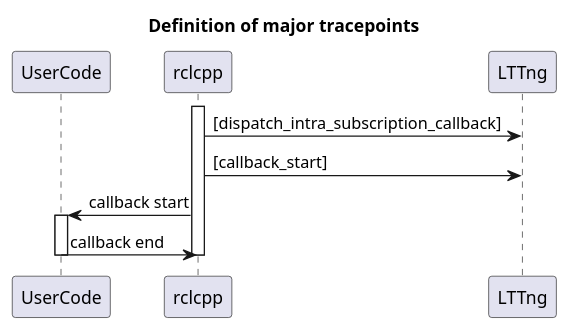
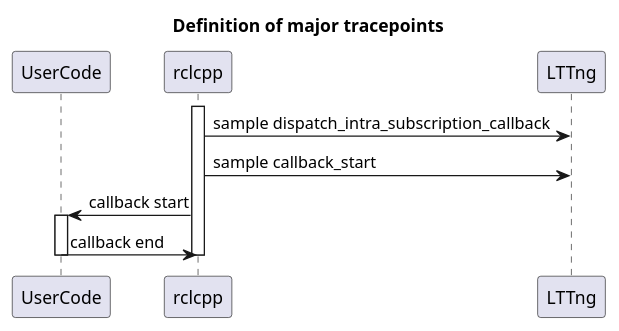
The second of 2 diagrams in docs/design/latency_definitions/subscription.md (tier4/caret_doc), drawn with PlantUML before and after one commit. The commit also changed other lines of this file, not shown here.

Commit message:
address comments inlatency_definitions/subscription.md

````diff
--- a/docs/design/latency_definitions/subscription.md
+++ b/docs/design/latency_definitions/subscription.md
@@ -60,21 +63,21 @@
 ```plantuml
 @startuml
 title: Definition of major tracepoints
 
 participant UserCode
 participant rclcpp
 participant LTTng
 
 activate rclcpp
 
 
-rclcpp -> LTTng: [dispatch_intra_subscription_callback]
-rclcpp -> LTTng: [callback_start]
+rclcpp -> LTTng: sample dispatch_intra_subscription_callback
+rclcpp -> LTTng: sample callback_start
 rclcpp -> UserCode: callback start
 activate UserCode
 UserCode -> rclcpp: callback end
 deactivate UserCode
 
 deactivate rclcpp
 @enduml
 ```
````
